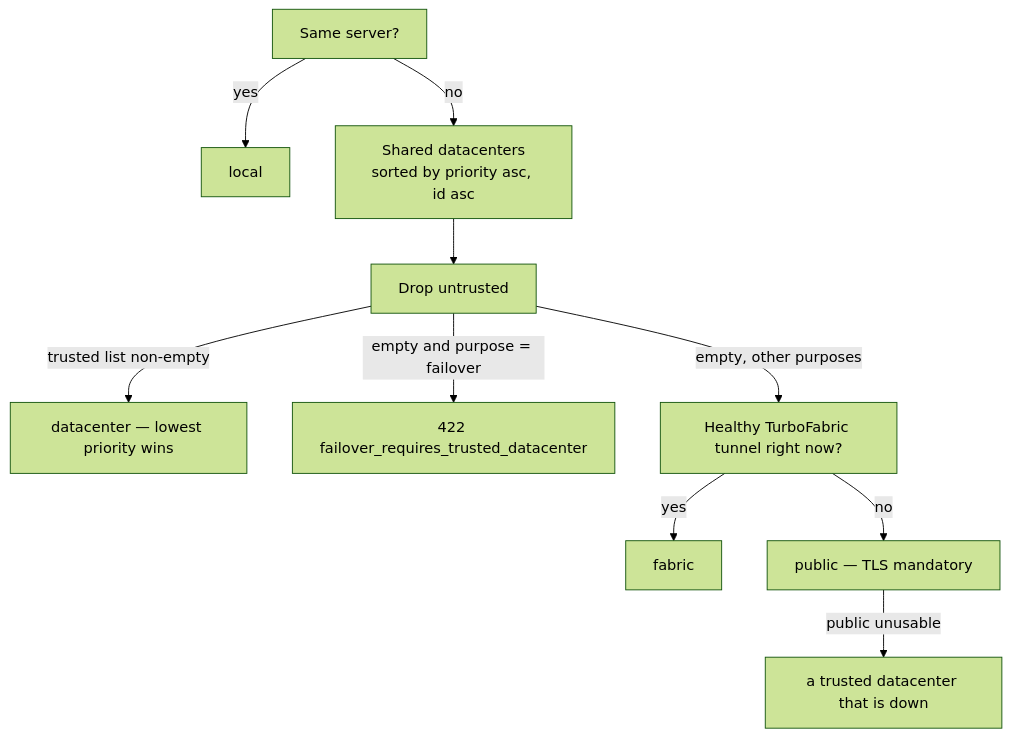
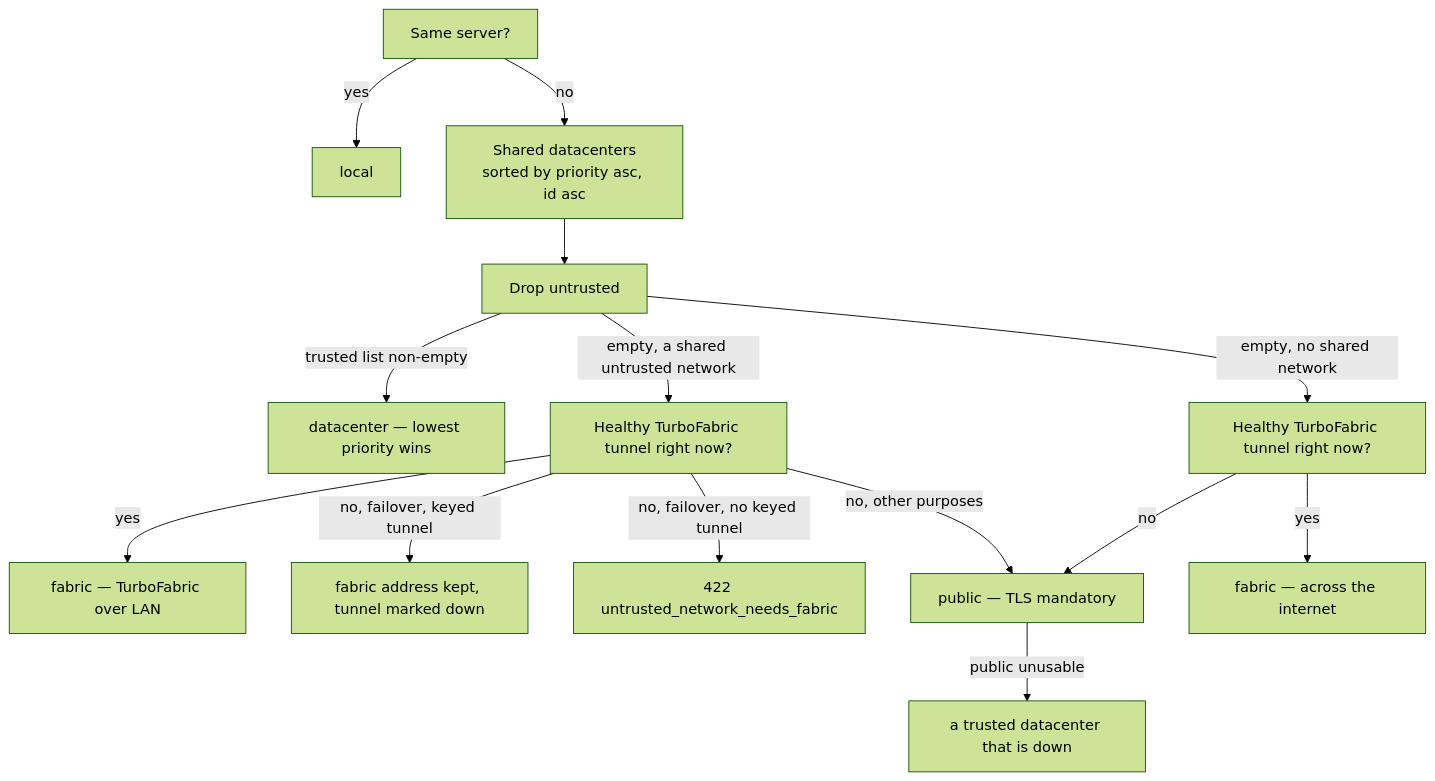
Before and after one commit to TurboPanel/website: the diagram in docs/architecture/datacenter-networks.mdx, drawn with Mermaid (forest theme). The commit also changed other lines of this file and 5 other files, not shown here.

First line of the commit message:
docs(network): describe TurboFabric over LAN for untrusted networks (#250)

````diff
--- a/docs/architecture/datacenter-networks.mdx
+++ b/docs/architecture/datacenter-networks.mdx
@@ -71,12 +71,16 @@
 ```mermaid
 flowchart TD
   A["Same server?"] -->|yes| L["local"]
   A -->|no| B["Shared datacenters<br/>sorted by priority asc, id asc"]
   B --> C["Drop untrusted"]
   C -->|"trusted list non-empty"| D["datacenter — lowest priority wins"]
-  C -->|"empty and purpose = failover"| E["422 failover_requires_trusted_datacenter"]
-  C -->|"empty, other purposes"| F["Healthy TurboFabric tunnel right now?"]
-  F -->|yes| G["fabric"]
-  F -->|no| H["public — TLS mandatory"]
+  C -->|"empty, a shared untrusted network"| F["Healthy TurboFabric tunnel right now?"]
+  F -->|yes| G["fabric — TurboFabric over LAN"]
+  F -->|"no, failover, keyed tunnel"| K["fabric address kept, tunnel marked down"]
+  F -->|"no, failover, no keyed tunnel"| E["422 untrusted_network_needs_fabric"]
+  F -->|"no, other purposes"| H["public — TLS mandatory"]
+  C -->|"empty, no shared network"| F2["Healthy TurboFabric tunnel right now?"]
+  F2 -->|yes| G2["fabric — across the internet"]
+  F2 -->|no| H
   H -->|"public unusable"| I["a trusted datacenter that is down"]
 ```
````
